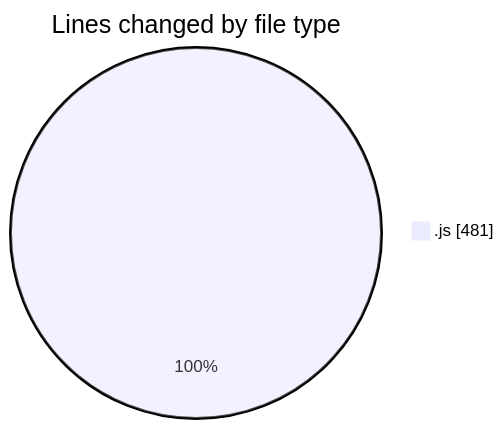
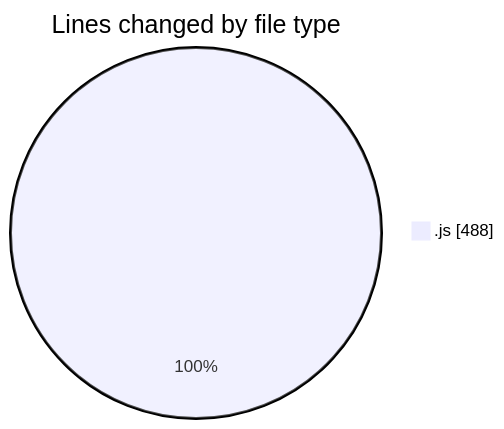
The first of 2 diagrams in 2025-07-10/mail-listener2-0_1_3/README.md (lephambinh05/code-tracking), drawn with Mermaid before and after one commit. The commit also changed other lines of this file and 1 other file, not shown here.

````diff
--- a/2025-07-10/mail-listener2-0_1_3/README.md
+++ b/2025-07-10/mail-listener2-0_1_3/README.md
@@ -23,5 +23,5 @@
 ```mermaid
 pie showData
 title Lines changed by file type
-".js" : 481
+".js" : 488
 ```
````
